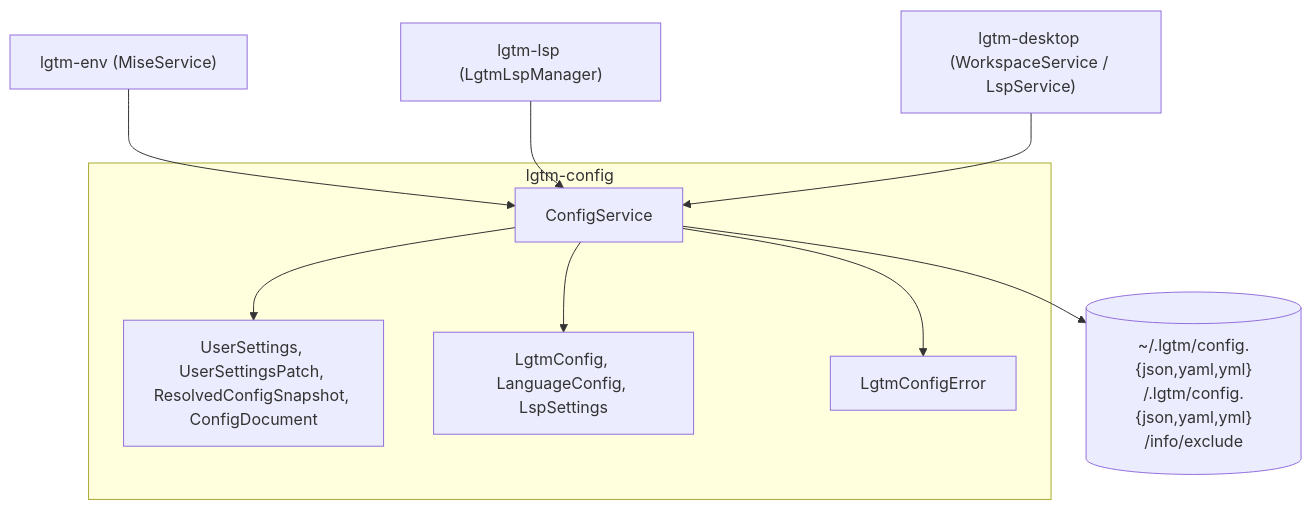
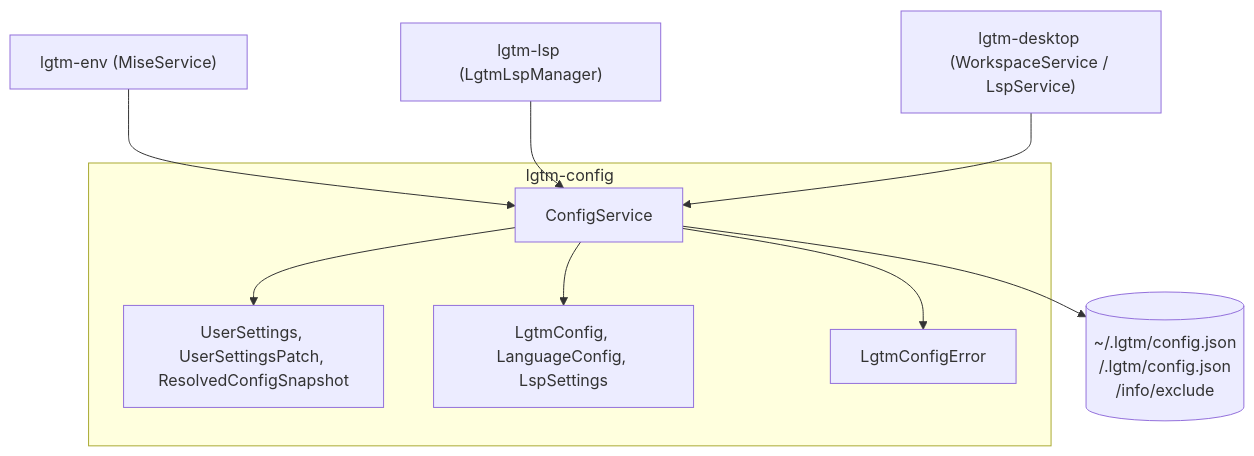
One commit to difflab-io/lgtm changed the first of 2 diagrams in docs/architecture/config/index.md. Above: the diagram before and after it, drawn with Mermaid. The commit also changed other lines of this file and 29 other files, not shown here.

Commit message:
refactor(config,desktop,web): drive preferences from config.json and unify AppState

````diff
--- a/docs/architecture/config/index.md
+++ b/docs/architecture/config/index.md
@@ -60,19 +51,19 @@
 ```mermaid
 flowchart TB
     ENV["lgtm-env (MiseService)"]
     LSP["lgtm-lsp (LgtmLspManager)"]
     DESKTOP["lgtm-desktop (WorkspaceService / LspService)"]
     subgraph CfgLib["lgtm-config"]
         CFG_SVC["ConfigService"]
-        SETTINGS_MOD["UserSettings, UserSettingsPatch, ResolvedConfigSnapshot, ConfigDocument"]
+        SETTINGS_MOD["UserSettings, UserSettingsPatch, ResolvedConfigSnapshot"]
         CFG_MOD["LgtmConfig, LanguageConfig, LspSettings"]
         ERR["LgtmConfigError"]
         CFG_SVC --> SETTINGS_MOD
         CFG_SVC --> CFG_MOD
         CFG_SVC --> ERR
     end
     ENV --> CFG_SVC
     LSP --> CFG_SVC
     DESKTOP --> CFG_SVC
-    CFG_SVC --> FS[("~/.lgtm/config.{json,yaml,yml}\n<workspace>/.lgtm/config.{json,yaml,yml}\n<git-dir>/info/exclude")]
+    CFG_SVC --> FS[("~/.lgtm/config.json\n<workspace>/.lgtm/config.json\n<git-dir>/info/exclude")]
 ```
````
